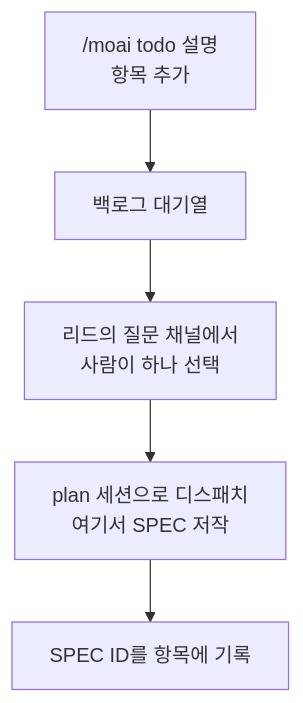
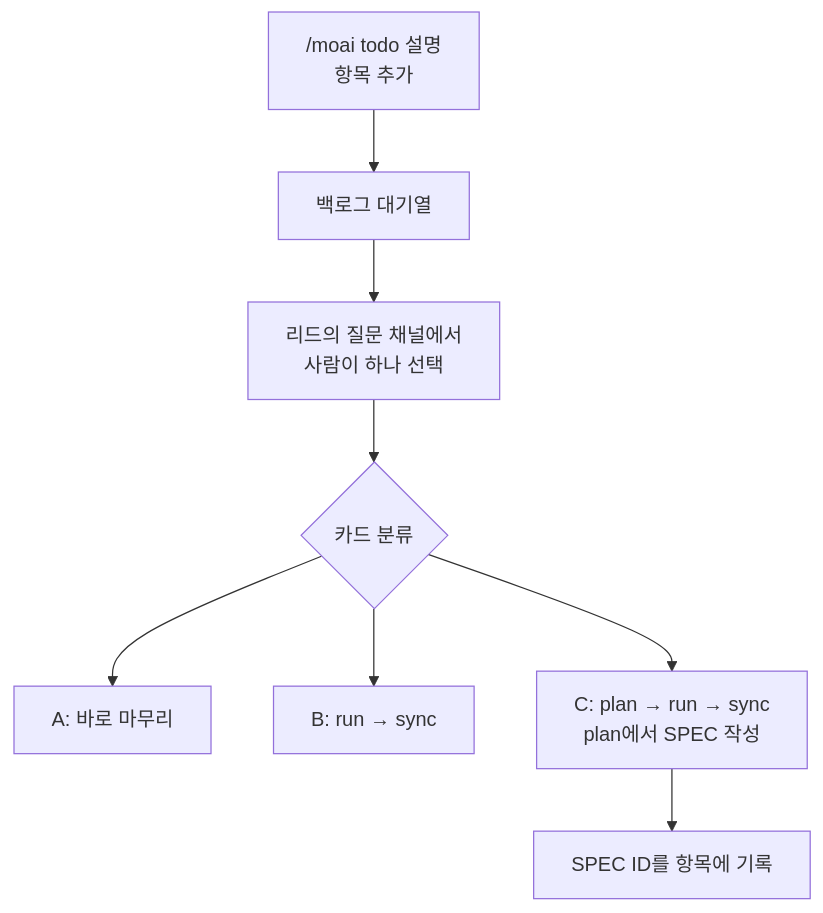
The diagram in docs-site/content/ko/utility-commands/moai-todo.md (modu-ai/moai-adk), drawn with Mermaid before and after one commit. The commit also changed other lines of this file and 54 other files, not shown here.

````diff
--- a/docs-site/content/ko/utility-commands/moai-todo.md
+++ b/docs-site/content/ko/utility-commands/moai-todo.md
@@ -27,7 +27,10 @@
 ```mermaid
 flowchart TD
     Add["/moai todo 설명<br/>항목 추가"] --> Queue["백로그 대기열"]
     Queue --> Pick["리드의 질문 채널에서<br/>사람이 하나 선택"]
-    Pick --> Plan["plan 세션으로 디스패치<br/>여기서 SPEC 저작"]
+    Pick --> Class{"카드 분류"}
+    Class --> A["A: 바로 마무리"]
+    Class --> B["B: run → sync"]
+    Class --> Plan["C: plan → run → sync<br/>plan에서 SPEC 작성"]
     Plan --> Spec["SPEC ID를 항목에 기록"]
 ```
````
